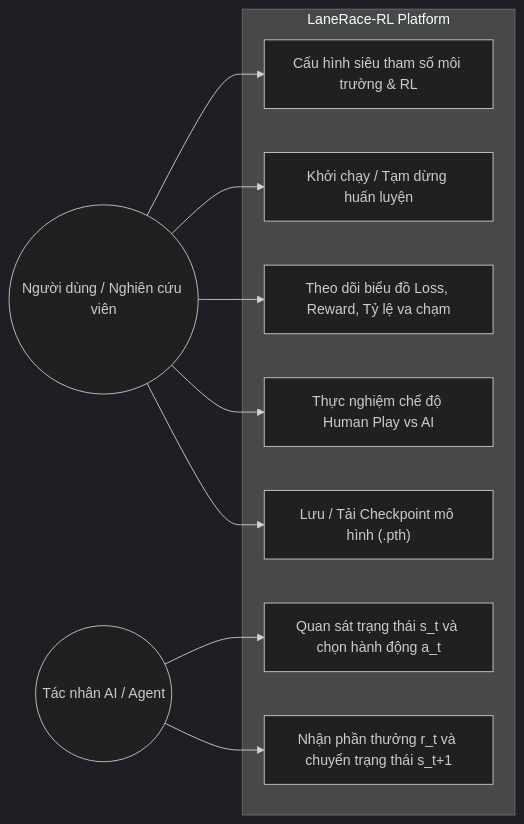
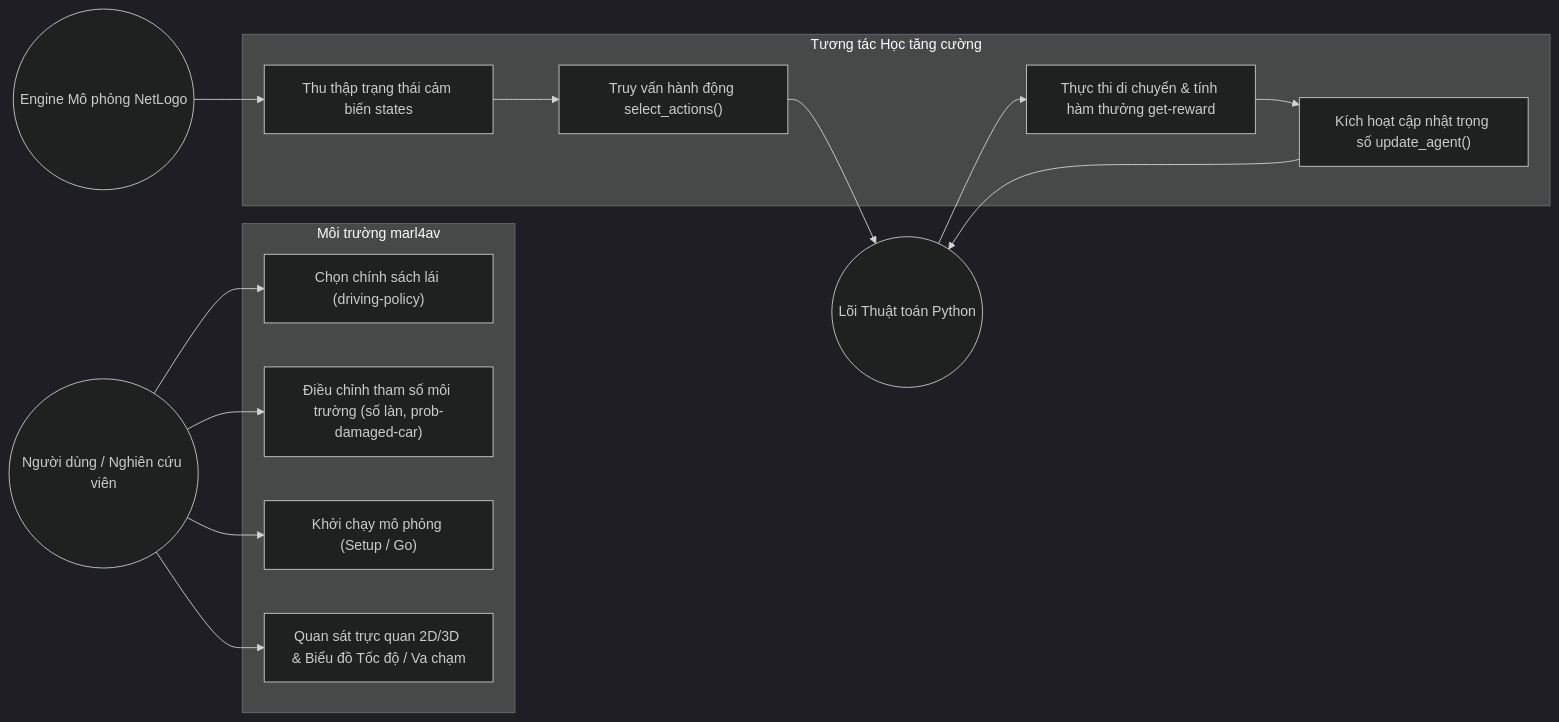
Before and after one commit to VuongDuongg/Reinforcement-Learning: the second of 3 diagrams in BAO_CAO_TH2.md, drawn with Mermaid (dark theme). The commit also changed other lines of this file and 1 other file, not shown here.

````diff
--- a/BAO_CAO_TH2.md
+++ b/BAO_CAO_TH2.md
@@ -136,24 +134,32 @@
 ```mermaid
 graph LR
     User((Người dùng / Nghiên cứu viên))
-    Agent((Tác nhân AI / Agent))
+    NetLogo((Engine Mô phỏng NetLogo))
+    RLCore((Lõi Thuật toán Python))
 
-    subgraph System ["LaneRace-RL Platform"]
-        UC1["Cấu hình siêu tham số môi trường & RL"]
-        UC2["Khởi chạy / Tạm dừng huấn luyện"]
-        UC3["Theo dõi biểu đồ Loss, Reward, Tỷ lệ va chạm"]
-        UC4["Thực nghiệm chế độ Human Play vs AI"]
-        UC5["Quan sát trạng thái s_t và chọn hành động a_t"]
-        UC6["Nhận phần thưởng r_t và chuyển trạng thái s_t+1"]
-        UC7["Lưu / Tải Checkpoint mô hình (.pth)"]
+    subgraph Simulation_Platform ["Môi trường marl4av"]
+        UC1["Chọn chính sách lái (driving-policy)"]
+        UC2["Điều chỉnh tham số môi trường (số làn, prob-damaged-car)"]
+        UC3["Khởi chạy mô phỏng (Setup / Go)"]
+        UC4["Quan sát trực quan 2D/3D & Biểu đồ Tốc độ / Va chạm"]
+    end
+
+    subgraph RL_Interaction ["Tương tác Học tăng cường"]
+        UC5["Thu thập trạng thái cảm biến states"]
+        UC6["Truy vấn hành động select_actions()"]
+        UC7["Thực thi di chuyển & tính hàm thưởng get-reward"]
+        UC8["Kích hoạt cập nhật trọng số update_agent()"]
     end
 
     User --> UC1
     User --> UC2
     User --> UC3
     User --> UC4
-    User --> UC7
 
-    Agent --> UC5
-    Agent --> UC6
+    NetLogo --> UC5
+    UC5 --> UC6
+    UC6 --> RLCore
+    RLCore --> UC7
+    UC7 --> UC8
+    UC8 --> RLCore
 ```
````
